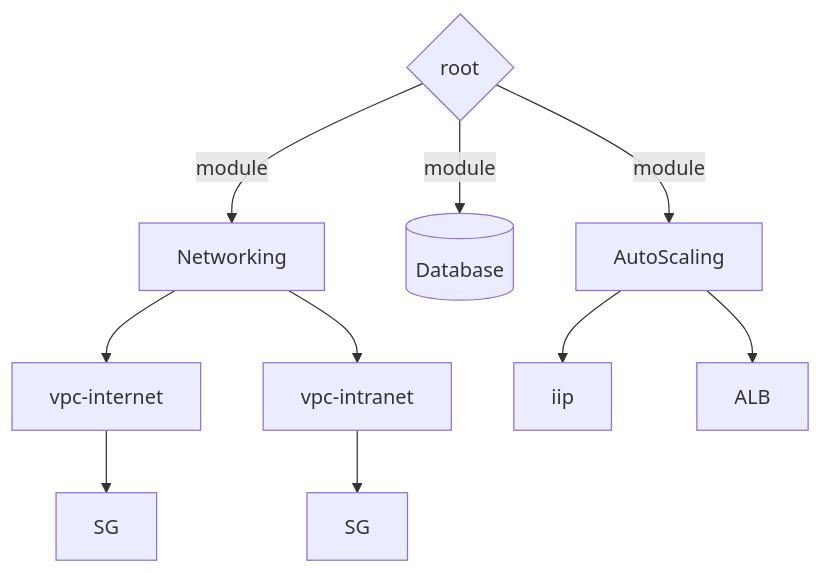
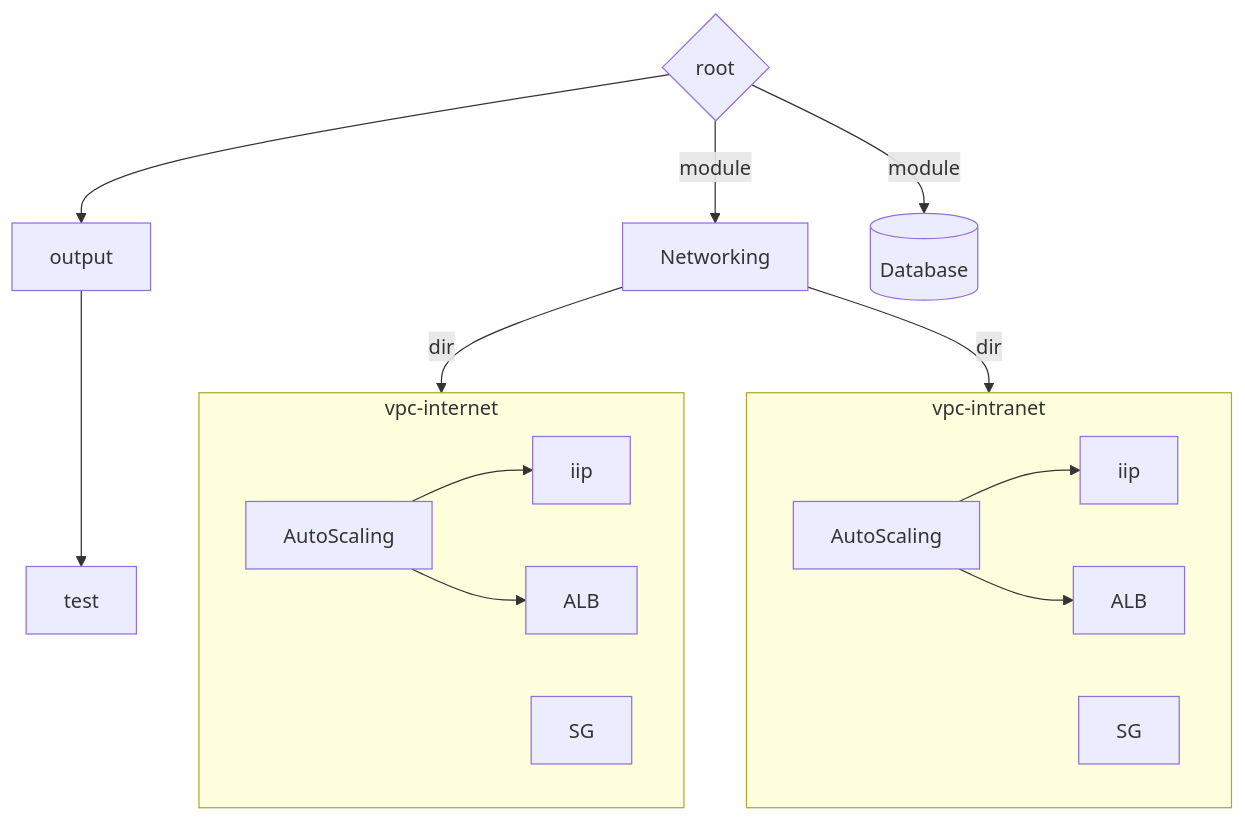
The diagram in README.md (pvmtriet232/infras), drawn with Mermaid before and after one commit.

````diff
--- a/README.md
+++ b/README.md
@@ -2,14 +2,24 @@
 ```mermaid
 flowchart TD
-    C{root}
+    C{root} --> output --> test
     
     C -->|module| N[Networking]
     C -->|module| D[(Database)]
-    C -->|module| A[AutoScaling]
 
-    N -->G[vpc-internet]-->I[SG]
-    N -->T[vpc-intranet]-->O[SG] 
-    
-    A -->iip[iip]
-    A -->alb[ALB]
+
+    N --dir--> vpc-internet
+    subgraph vpc-internet
+    aug[AutoScaling]
+    aug --> iip[iip]
+    aug --> alb[ALB]
+    sg[SG]
+    end 
+
+    N --dir--> vpc-intranet
+    subgraph vpc-intranet
+    aug2[AutoScaling]
+    aug2 --> iip2[iip]
+    aug2 --> alb2[ALB]
+    sg2[SG]
+    end
 ```
````
